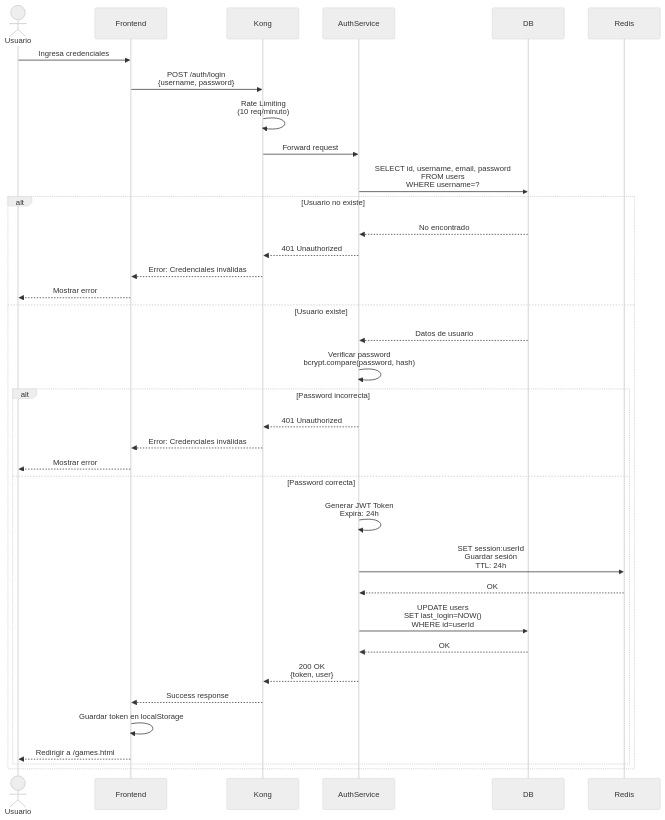
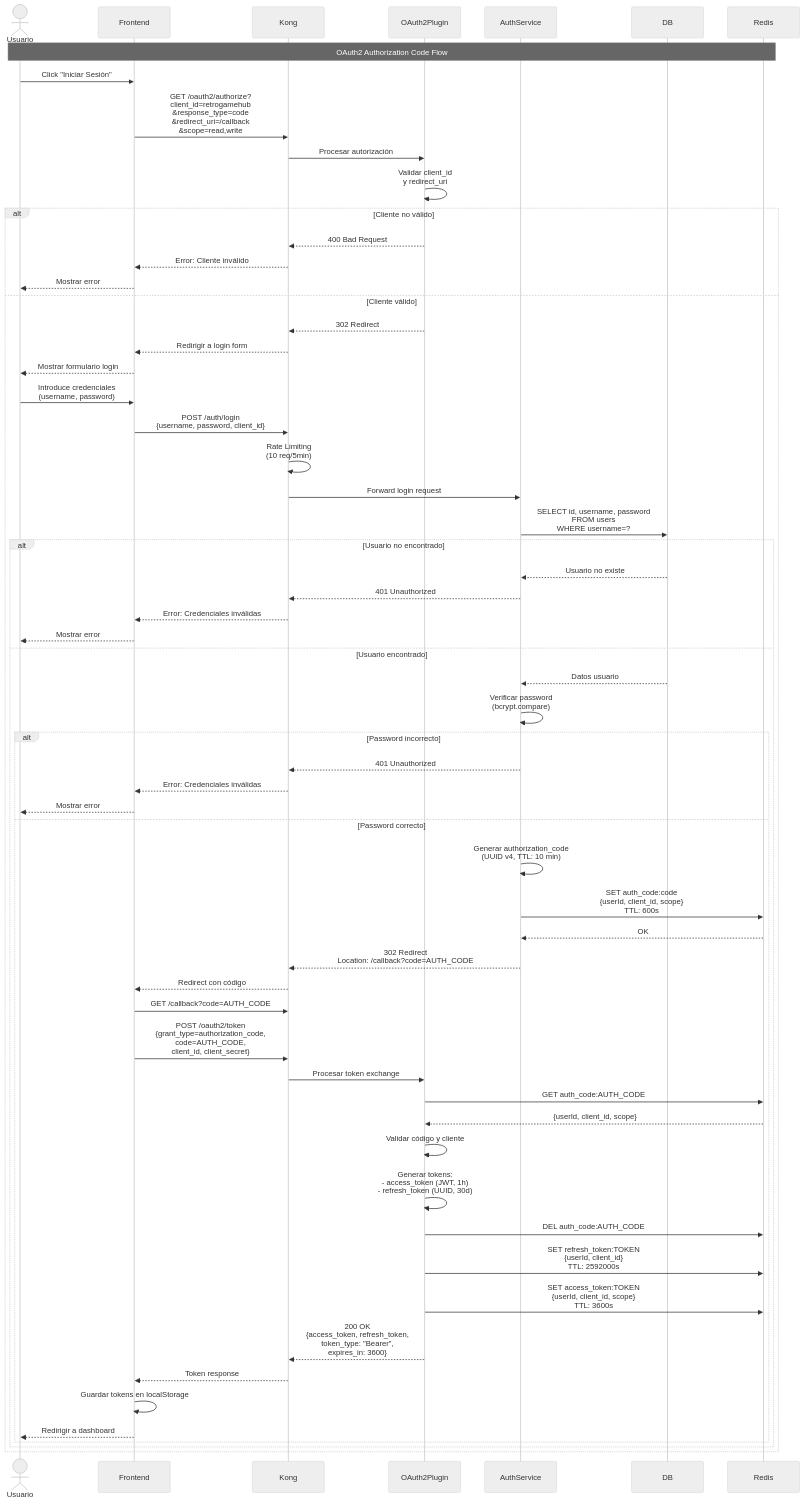
The second of 8 diagrams in sequence-diagrams.mdx (retrogamecloud/docs), drawn with Mermaid (neutral theme) before and after one commit. The commit also changed other lines of this file and 40 other files, not shown here.

````diff
--- a/sequence-diagrams.mdx
+++ b/sequence-diagrams.mdx
@@ -70,48 +69,82 @@
     actor Usuario
     participant Frontend
     participant Kong
+    participant OAuth2Plugin
     participant AuthService
     participant DB
     participant Redis
 
-    Usuario->>Frontend: Ingresa credenciales
-    Frontend->>Kong: POST /auth/login<br/>{username, password}
+    Note over Usuario,Redis: OAuth2 Authorization Code Flow
 
-    Kong->>Kong: Rate Limiting<br/>(10 req/minuto)
+    Usuario->>Frontend: Click "Iniciar Sesión"
+    Frontend->>Kong: GET /oauth2/authorize?<br/>client_id=retrogamehub<br/>&response_type=code<br/>&redirect_uri=/callback<br/>&scope=read,write
 
-    Kong->>AuthService: Forward request
+    Kong->>OAuth2Plugin: Procesar autorización
+    OAuth2Plugin->>OAuth2Plugin: Validar client_id<br/>y redirect_uri
 
-    AuthService->>DB: SELECT id, username, email, password<br/>FROM users<br/>WHERE username=?
+    alt Cliente no válido
+        OAuth2Plugin-->>Kong: 400 Bad Request
+        Kong-->>Frontend: Error: Cliente inválido
+        Frontend-->>Usuario: Mostrar error
+    else Cliente válido
+        OAuth2Plugin-->>Kong: 302 Redirect
+        Kong-->>Frontend: Redirigir a login form
 
-    alt Usuario no existe
-        DB-->>AuthService: No encontrado
-        AuthService-->>Kong: 401 Unauthorized
-        Kong-->>Frontend: Error: Credenciales inválidas
-        Frontend-->>Usuario: Mostrar error
-    else Usuario existe
-        DB-->>AuthService: Datos de usuario
+        Frontend-->>Usuario: Mostrar formulario login
+        Usuario->>Frontend: Introduce credenciales<br/>(username, password)
 
-        AuthService->>AuthService: Verificar password<br/>bcrypt.compare(password, hash)
+        Frontend->>Kong: POST /auth/login<br/>{username, password, client_id}
 
-        alt Password incorrecta
+        Kong->>Kong: Rate Limiting<br/>(10 req/5min)
+
+        Kong->>AuthService: Forward login request
+
+        AuthService->>DB: SELECT id, username, password<br/>FROM users<br/>WHERE username=?
+
+        alt Usuario no encontrado
+            DB-->>AuthService: Usuario no existe
             AuthService-->>Kong: 401 Unauthorized
             Kong-->>Frontend: Error: Credenciales inválidas
             Frontend-->>Usuario: Mostrar error
-        else Password correcta
-            AuthService->>AuthService: Generar JWT Token<br/>Expira: 24h
+        else Usuario encontrado
+            DB-->>AuthService: Datos usuario
+            AuthService->>AuthService: Verificar password<br/>(bcrypt.compare)
 
-            AuthService->>Redis: SET session:userId<br/>Guardar sesión<br/>TTL: 24h
-            Redis-->>AuthService: OK
+            alt Password incorrecto
+                AuthService-->>Kong: 401 Unauthorized
+                Kong-->>Frontend: Error: Credenciales inválidas
+                Frontend-->>Usuario: Mostrar error
+            else Password correcto
+                AuthService->>AuthService: Generar authorization_code<br/>(UUID v4, TTL: 10 min)
 
-            AuthService->>DB: UPDATE users<br/>SET last_login=NOW()<br/>WHERE id=userId
-            DB-->>AuthService: OK
+                AuthService->>Redis: SET auth_code:code<br/>{userId, client_id, scope}<br/>TTL: 600s
+                Redis-->>AuthService: OK
 
-            AuthService-->>Kong: 200 OK<br/>{token, user}
-            Kong-->>Frontend: Success response
+                AuthService-->>Kong: 302 Redirect<br/>Location: /callback?code=AUTH_CODE
+                Kong-->>Frontend: Redirect con código
 
-            Frontend->>Frontend: Guardar token en localStorage
-            Frontend-->>Usuario: Redirigir a /games.html
+                Frontend->>Kong: GET /callback?code=AUTH_CODE
+                Frontend->>Kong: POST /oauth2/token<br/>{grant_type=authorization_code,<br/>code=AUTH_CODE,<br/>client_id, client_secret}
+
+                Kong->>OAuth2Plugin: Procesar token exchange
+                OAuth2Plugin->>Redis: GET auth_code:AUTH_CODE
+                Redis-->>OAuth2Plugin: {userId, client_id, scope}
+
+                OAuth2Plugin->>OAuth2Plugin: Validar código y cliente
+
+                OAuth2Plugin->>OAuth2Plugin: Generar tokens:<br/>- access_token (JWT, 1h)<br/>- refresh_token (UUID, 30d)
+
+                OAuth2Plugin->>Redis: DEL auth_code:AUTH_CODE
+                OAuth2Plugin->>Redis: SET refresh_token:TOKEN<br/>{userId, client_id}<br/>TTL: 2592000s
+
+                OAuth2Plugin->>Redis: SET access_token:TOKEN<br/>{userId, client_id, scope}<br/>TTL: 3600s
+
+                OAuth2Plugin-->>Kong: 200 OK<br/>{access_token, refresh_token,<br/>token_type: "Bearer",<br/>expires_in: 3600}
+
+                Kong-->>Frontend: Token response
+                Frontend->>Frontend: Guardar tokens en localStorage
+                Frontend-->>Usuario: Redirigir a dashboard
+            end
         end
     end
-
 ```
````
